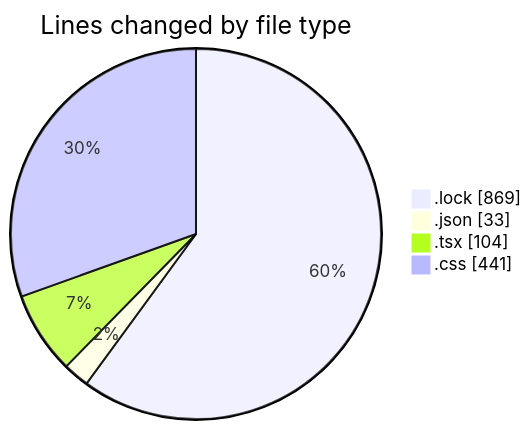
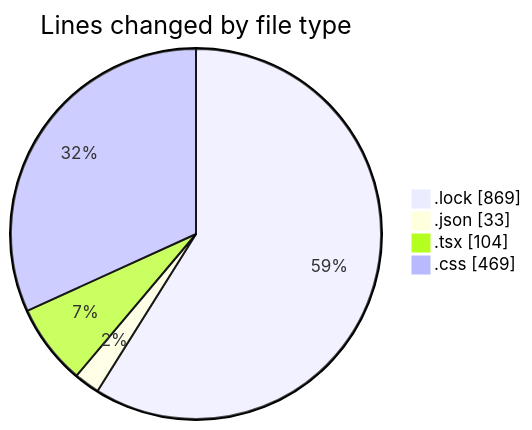
Before and after one commit to EIIisD/code-tracking: the first of 2 diagrams in 2025-07-27/vtuber/README.md, drawn with Mermaid. The commit also changed other lines of this file and 1 other file, not shown here.

````diff
--- a/2025-07-27/vtuber/README.md
+++ b/2025-07-27/vtuber/README.md
@@ -24,8 +24,8 @@
 ```mermaid
 pie showData
 title Lines changed by file type
 ".lock" : 869
 ".json" : 33
 ".tsx" : 104
-".css" : 441
+".css" : 469
 ```
````
